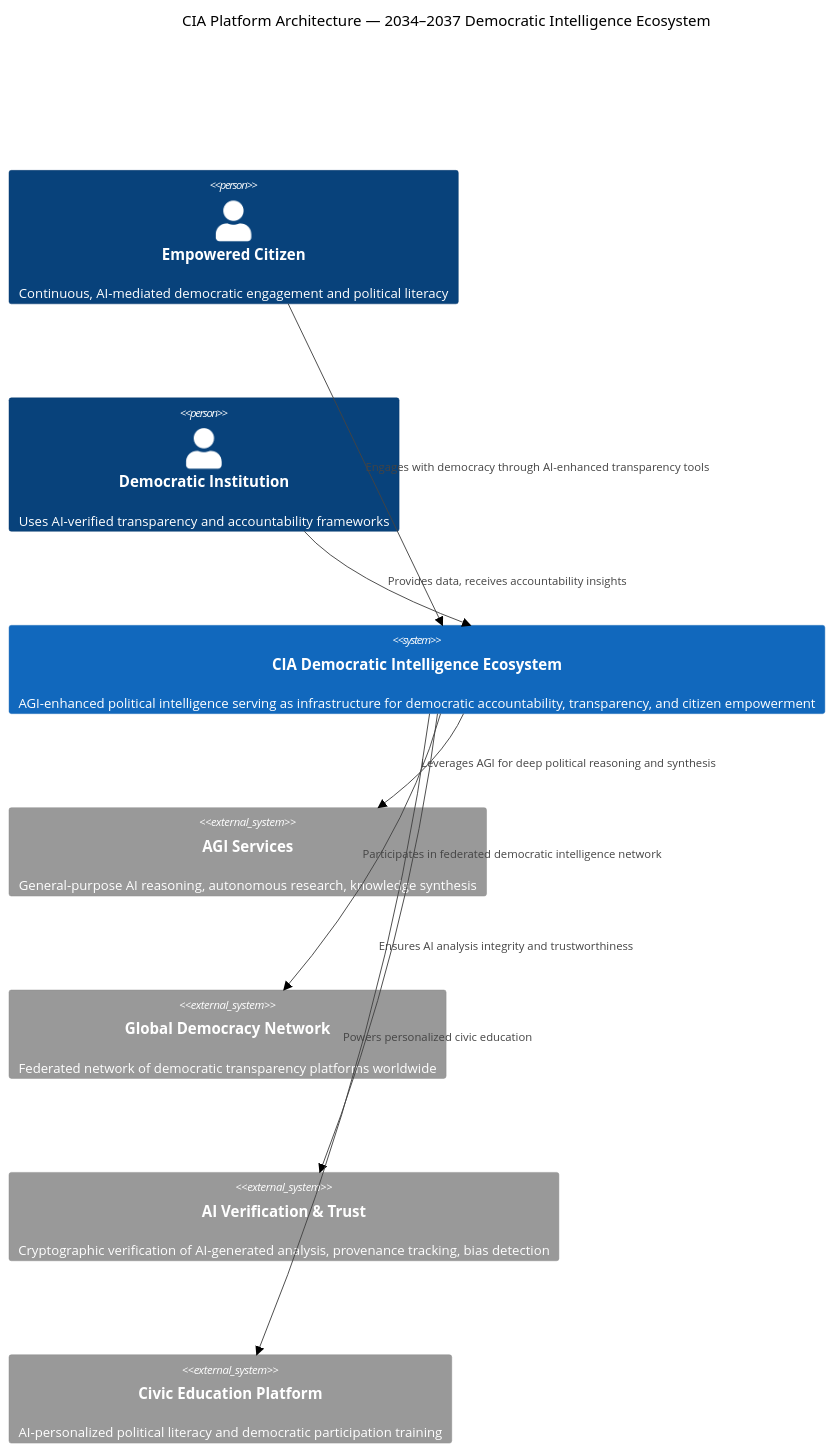
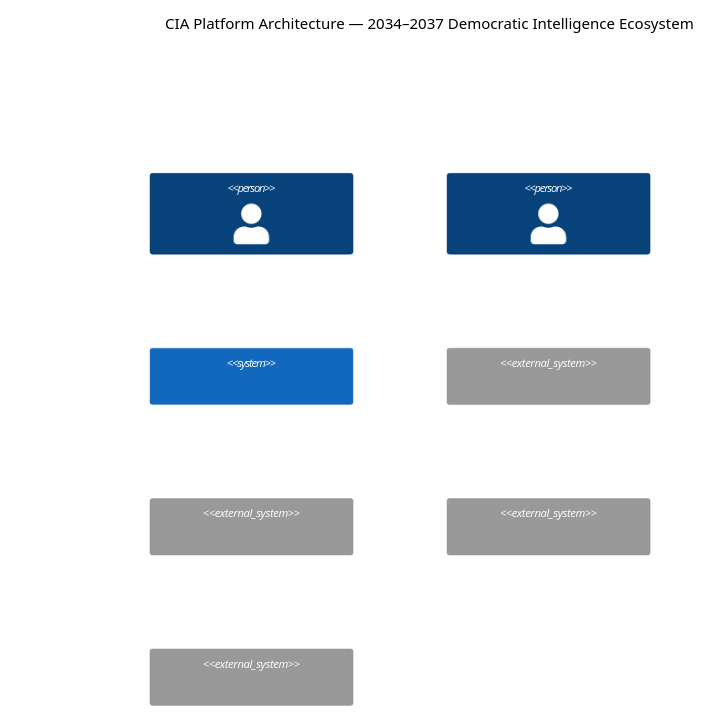
The fifth of 6 diagrams in FUTURE_ARCHITECTURE.md (Hack23/cia), drawn with Mermaid (neutral theme) before and after one commit. The commit also changed other lines of this file and 54 other files, not shown here.

Commit message:
Quote mermaid node labels with icons/specials and add validation tooling

````diff
--- a/FUTURE_ARCHITECTURE.md
+++ b/FUTURE_ARCHITECTURE.md
@@ -217,23 +217,23 @@
 ```mermaid
 C4Context
   title CIA Platform Architecture — 2034–2037 Democratic Intelligence Ecosystem
 
-  Person(citizen, "Empowered Citizen", "Continuous, AI-mediated democratic engagement and political literacy")
-  Person(institution, "Democratic Institution", "Uses AI-verified transparency and accountability frameworks")
+  Person("citizen, #quot;Empowered Citizen#quot;, #quot;Continuous, AI-mediated democratic engagement and political literacy#quot;")
+  Person("institution, #quot;Democratic Institution#quot;, #quot;Uses AI-verified transparency and accountability frameworks#quot;")
 
-  System(cia, "CIA Democratic Intelligence Ecosystem", "AGI-enhanced political intelligence serving as infrastructure for democratic accountability, transparency, and citizen empowerment")
+  System("cia, #quot;CIA Democratic Intelligence Ecosystem#quot;, #quot;AGI-enhanced political intelligence serving as infrastructure for democratic accountability, transparency, and citizen empowerment#quot;")
 
-  System_Ext(agiCore, "AGI Services", "General-purpose AI reasoning, autonomous research, knowledge synthesis")
-  System_Ext(globalDemocracy, "Global Democracy Network", "Federated network of democratic transparency platforms worldwide")
-  System_Ext(verificationLayer, "AI Verification & Trust", "Cryptographic verification of AI-generated analysis, provenance tracking, bias detection")
-  System_Ext(educationPlatform, "Civic Education Platform", "AI-personalized political literacy and democratic participation training")
+  System_Ext("agiCore, #quot;AGI Services#quot;, #quot;General-purpose AI reasoning, autonomous research, knowledge synthesis#quot;")
+  System_Ext("globalDemocracy, #quot;Global Democracy Network#quot;, #quot;Federated network of democratic transparency platforms worldwide#quot;")
+  System_Ext("verificationLayer, #quot;AI Verification & Trust#quot;, #quot;Cryptographic verification of AI-generated analysis, provenance tracking, bias detection#quot;")
+  System_Ext("educationPlatform, #quot;Civic Education Platform#quot;, #quot;AI-personalized political literacy and democratic participation training#quot;")
 
-  Rel(citizen, cia, "Engages with democracy through AI-enhanced transparency tools")
-  Rel(institution, cia, "Provides data, receives accountability insights")
-  Rel(cia, agiCore, "Leverages AGI for deep political reasoning and synthesis")
-  Rel(cia, globalDemocracy, "Participates in federated democratic intelligence network")
-  Rel(cia, verificationLayer, "Ensures AI analysis integrity and trustworthiness")
-  Rel(cia, educationPlatform, "Powers personalized civic education")
+  Rel("citizen, cia, #quot;Engages with democracy through AI-enhanced transparency tools#quot;")
+  Rel("institution, cia, #quot;Provides data, receives accountability insights#quot;")
+  Rel("cia, agiCore, #quot;Leverages AGI for deep political reasoning and synthesis#quot;")
+  Rel("cia, globalDemocracy, #quot;Participates in federated democratic intelligence network#quot;")
+  Rel("cia, verificationLayer, #quot;Ensures AI analysis integrity and trustworthiness#quot;")
+  Rel("cia, educationPlatform, #quot;Powers personalized civic education#quot;")
 
-  UpdateLayoutConfig($c4ShapeInRow="3", $c4BoundaryInRow="1")
+  UpdateLayoutConfig("$c4ShapeInRow=#quot;3#quot;, $c4BoundaryInRow=#quot;1#quot;")
 ```
````
